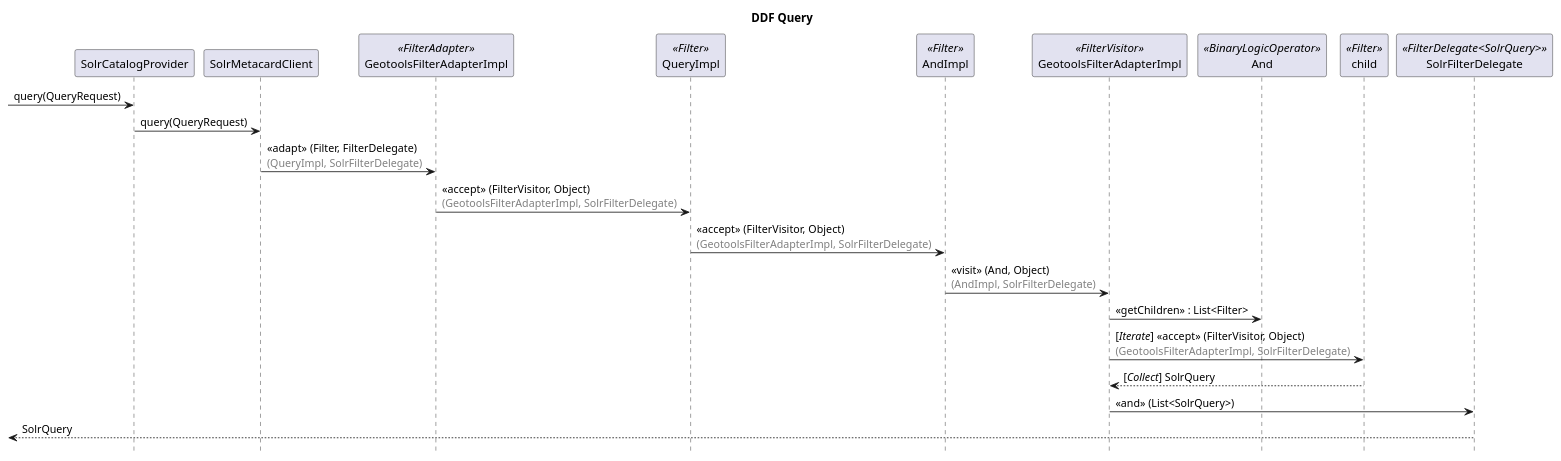
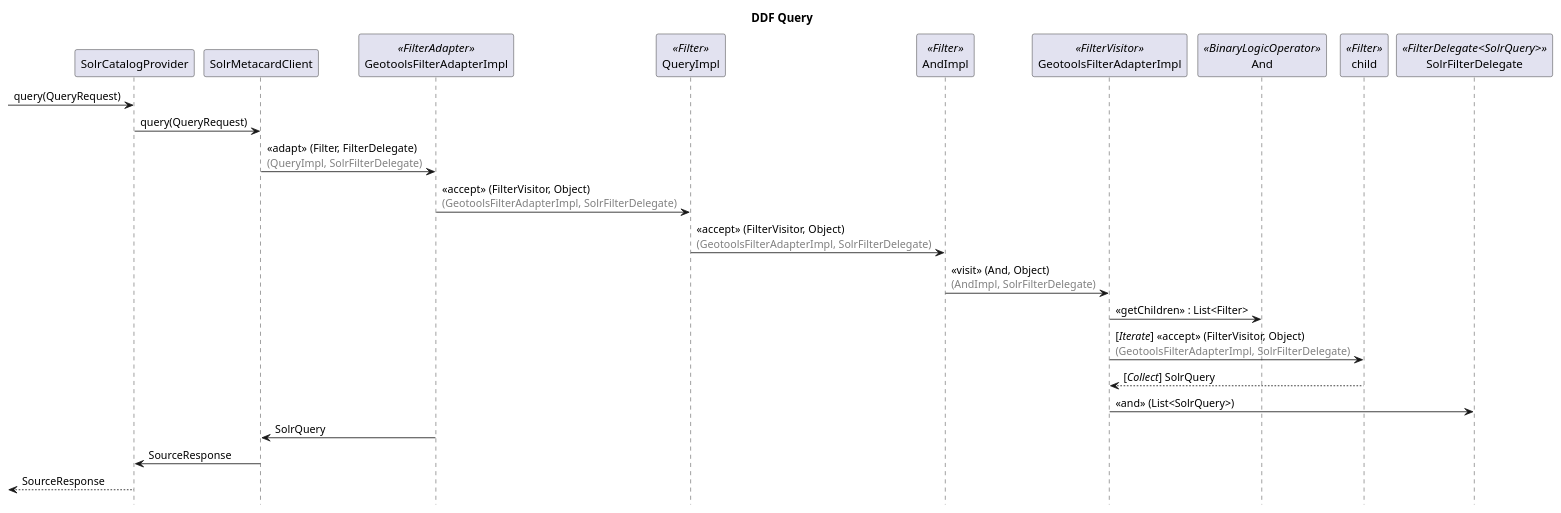
The diagram in plantuml/Query.puml (ahoffer/diagrams), drawn with PlantUML before and after one commit. The commit also changed 2 other files, not shown here.

```diff
--- a/plantuml/Query.puml
+++ b/plantuml/Query.puml
@@ -1,34 +1,40 @@
 @startuml
 hide footbox
 title DDF Query
 'Full query after transformations:
 '[QueryImpl{filter=QueryImpl{filter=[ anyText is like TEMPEST ], startIndex=1, pageSize=250, requestsTotalResultsCount=true, timeoutMillis=300000, sortBy=SortByImpl{propertyName=ddf.catalog.filter.impl.PropertyNameImpl@37f67888, sortOrder=SortOrder[DESCENDING]}, properties=null}, startIndex=1, pageSize=250, requestsTotalResultsCount=true, timeoutMillis=300000, sortBy=SortByImpl{propertyName=ddf.catalog.filter.impl.PropertyNameImpl@37f67888, sortOrder=SortOrder[DESCENDING]}, properties=null} AND [[ validation-errors IS NULL ]]], startIndex=1, pageSize=250, requestsTotalResultsCount=true, timeoutMillis=300000, sortBy=SortByImpl{propertyName=ddf.catalog.filter.impl.PropertyNameImpl@37f67888, sortOrder=SortOrder[DESCENDING]}, properties=null} AND [[ metacard-tags is like resource ] OR [ metacard-tags IS NULL ]]], startIndex=1, pageSize=250, requestsTotalResultsCount=true, timeoutMillis=300000, sortBy=SortByImpl{propertyName=ddf.catalog.filter.impl.PropertyNameImpl@37f67888, sortOrder=SortOrder[DESCENDING]}, properties=null},sourceIds=<null>,isEnterprise=false]
 
 [-> SolrCatalogProvider: query(QueryRequest)
 
 SolrCatalogProvider -> SolrMetacardClient : query(QueryRequest)
+
 
 participant GeotoolsFilterAdapterImpl as GeoAdapter  <<FilterAdapter>>
 SolrMetacardClient -> GeoAdapter : «adapt» (Filter, FilterDelegate)\n<color gray>(QueryImpl, SolrFilterDelegate)</color>
 
 participant QueryImpl <<Filter>>
 GeoAdapter -> QueryImpl : «accept» (FilterVisitor, Object)\n<color gray>(GeotoolsFilterAdapterImpl, SolrFilterDelegate)</color>
 
 participant AndImpl <<Filter>>
 QueryImpl -> AndImpl : «accept» (FilterVisitor, Object)\n<color gray>(GeotoolsFilterAdapterImpl, SolrFilterDelegate)</color>
 
 participant GeotoolsFilterAdapterImpl as GeoVisitor <<FilterVisitor>>
 AndImpl -> GeoVisitor : «visit» (And, Object)\n<color gray>(AndImpl, SolrFilterDelegate)</color>
 
 participant And <<BinaryLogicOperator>>
 GeoVisitor -> And : «getChildren» : List<Filter>
 'Return list of size 2. QueryImpl and OrImpl
 
 participant child <<Filter>>
 GeoVisitor -> child : [//Iterate//] «accept» (FilterVisitor, Object)\n<color gray>(GeotoolsFilterAdapterImpl, SolrFilterDelegate)</color>
 return [//Collect//] SolrQuery
 
 participant SolrFilterDelegate <<FilterDelegate<SolrQuery>>>
 GeoVisitor -> SolrFilterDelegate : «and» (List<SolrQuery>)
-[<-- SolrFilterDelegate: SolrQuery
+
+GeoAdapter -> SolrMetacardClient : SolrQuery
+
+SolrMetacardClient -> SolrCatalogProvider : SourceResponse
+
+[<-- SolrCatalogProvider: SourceResponse
 @enduml
```
